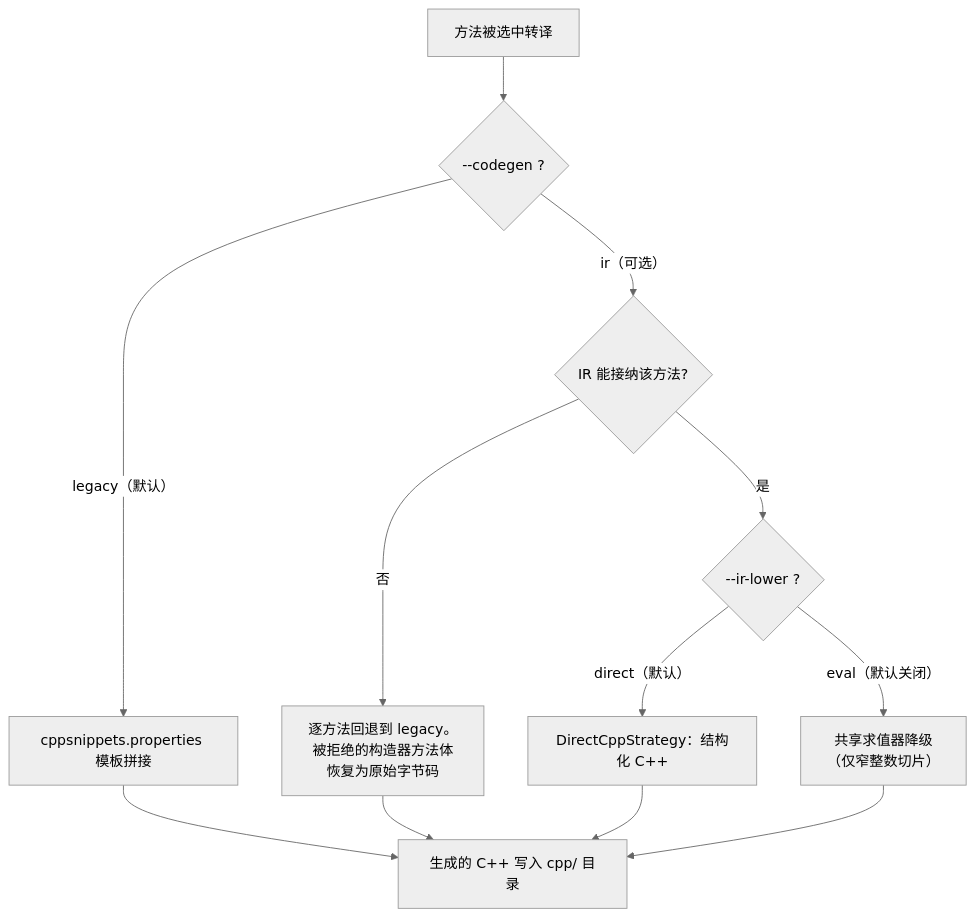
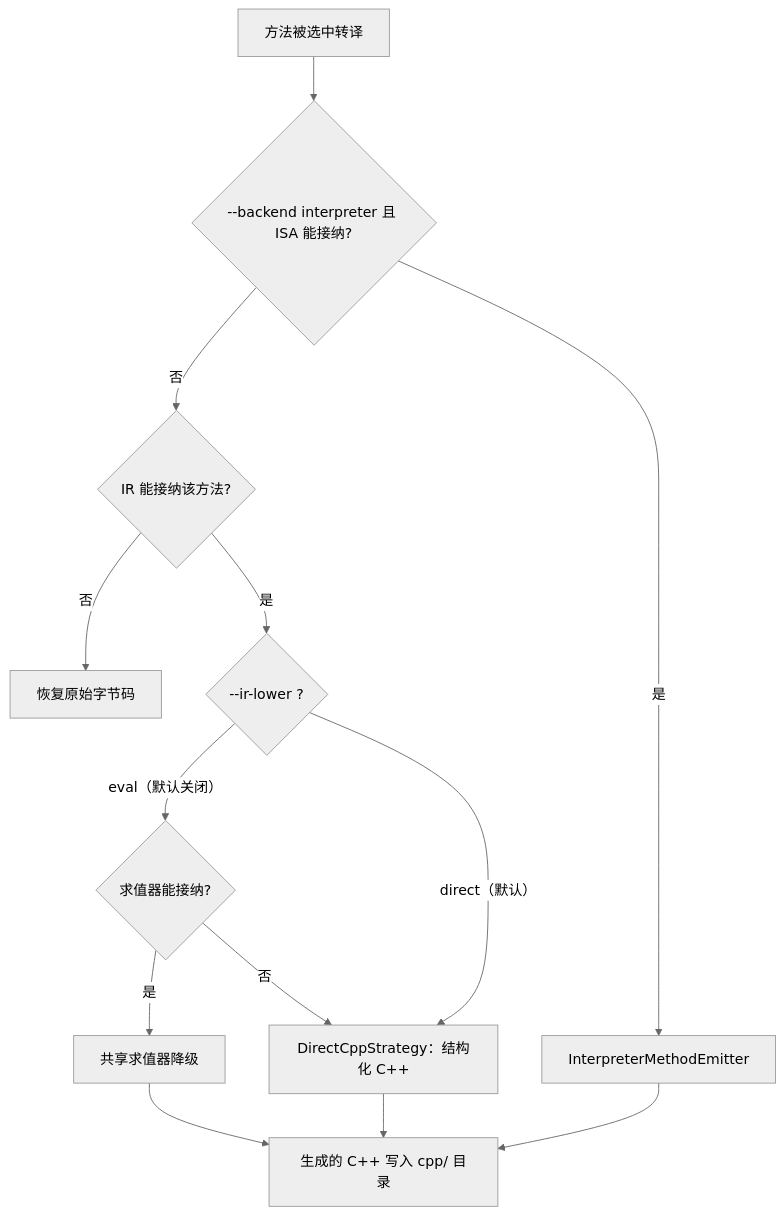
The second of 2 diagrams in README.zh-CN.md (gaoyu06/native-obfuscator), drawn with Mermaid (neutral theme) before and after one commit. The commit also changed other lines of this file and 50 other files, not shown here.

````diff
--- a/README.zh-CN.md
+++ b/README.zh-CN.md
@@ -111,14 +111,15 @@
 ```mermaid
 flowchart TD
-    A["方法被选中转译"] --> B{"--codegen ?"}
-    B -- "legacy（默认）" --> C["cppsnippets.properties 模板拼接"]
-    B -- "ir（可选）" --> D{"IR 能接纳该方法?"}
-    D -- "否" --> E["逐方法回退到 legacy。<br/>被拒绝的构造器方法体<br/>恢复为原始字节码"]
+    A["方法被选中转译"] --> B{"--backend interpreter 且 ISA 能接纳?"}
+    B -- "是" --> C["InterpreterMethodEmitter"]
+    B -- "否" --> D{"IR 能接纳该方法?"}
+    D -- "否" --> E["恢复原始字节码"]
     D -- "是" --> F{"--ir-lower ?"}
     F -- "direct（默认）" --> G["DirectCppStrategy：结构化 C++"]
-    F -- "eval（默认关闭）" --> H["共享求值器降级<br/>（仅窄整数切片）"]
-    C --> I["生成的 C++ 写入 cpp/ 目录"]
-    E --> I
-    G --> I
-    H --> I
+    F -- "eval（默认关闭）" --> H{"求值器能接纳?"}
+    H -- "是" --> I["共享求值器降级"]
+    H -- "否" --> G
+    C --> J["生成的 C++ 写入 cpp/ 目录"]
+    G --> J
+    I --> J
 ```
````
